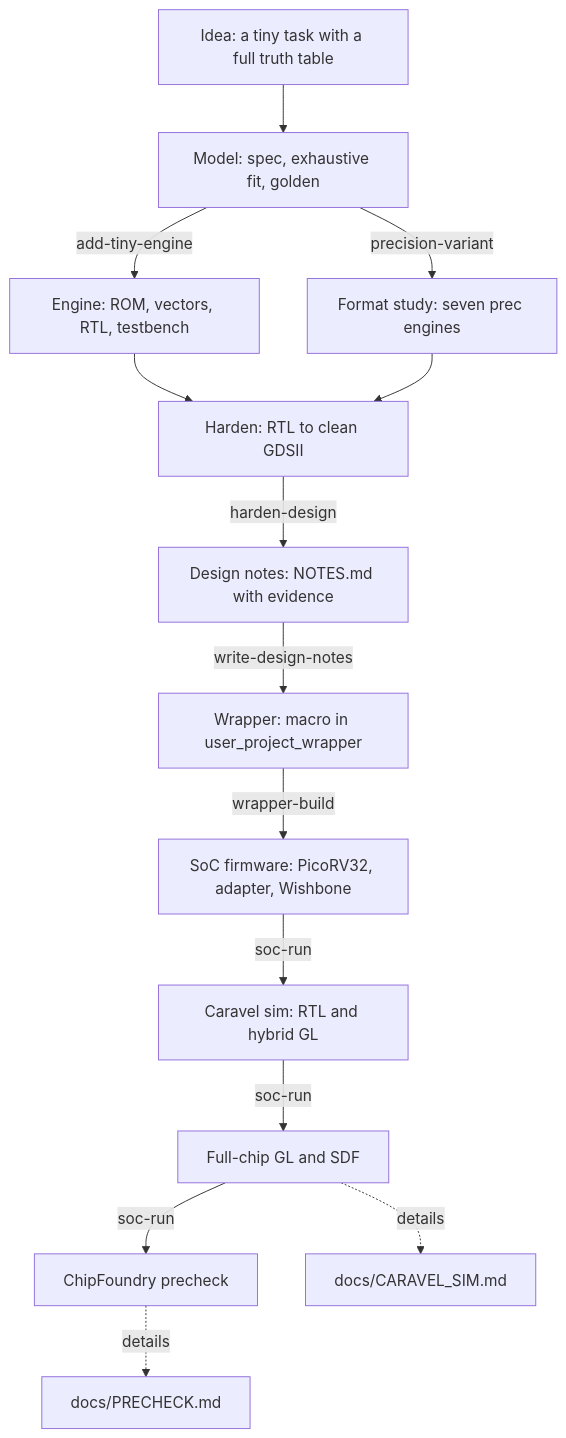
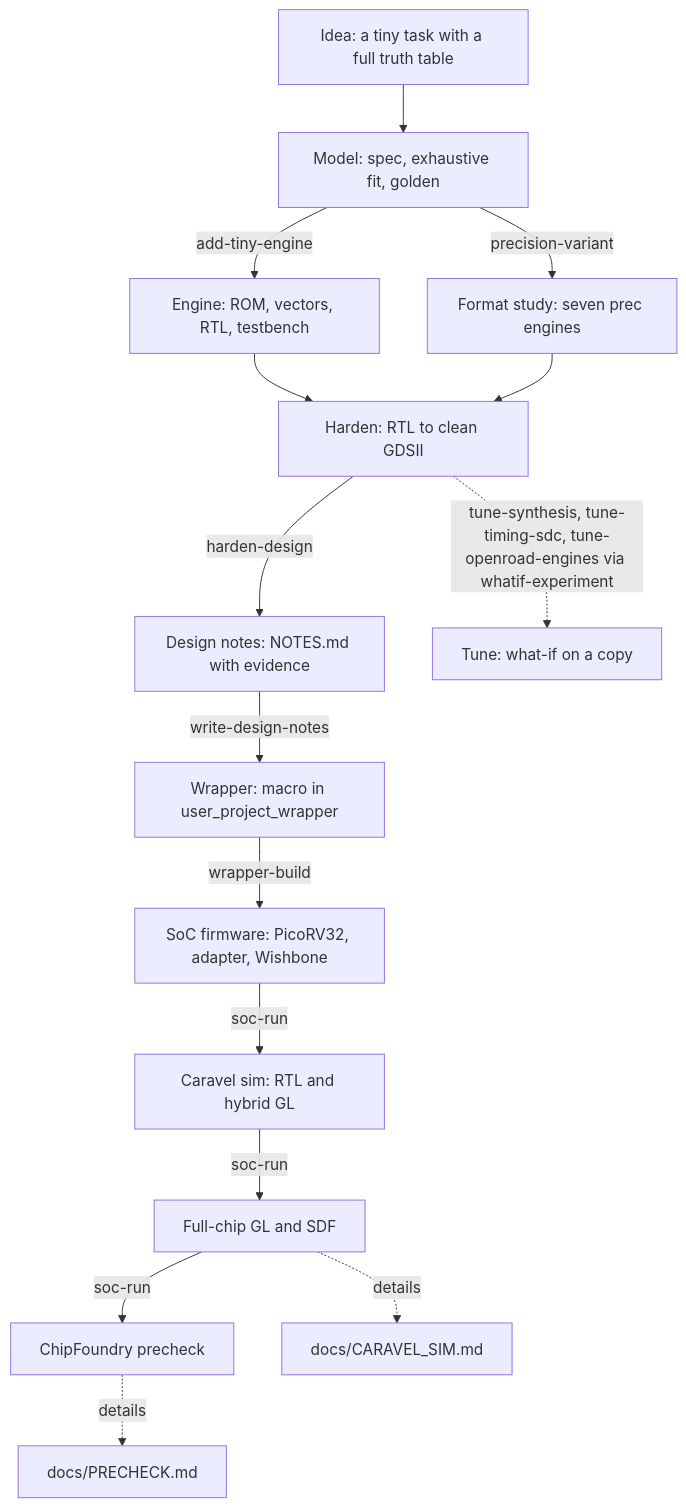
One commit to rajaghv-dev/open-ai-chip changed the second of 2 diagrams in docs/SKILLS.md. Above: the diagram before and after it, drawn with Mermaid. The commit also changed other lines of this file and 98 other files, not shown here.

````diff
--- a/docs/SKILLS.md
+++ b/docs/SKILLS.md
@@ -503,27 +596,29 @@
 ```mermaid
 flowchart TD
     S1["Idea: a tiny task with a full truth table"]
     S2["Model: spec, exhaustive fit, golden"]
     S3["Engine: ROM, vectors, RTL, testbench"]
     S3b["Format study: seven prec engines"]
     S4["Harden: RTL to clean GDSII"]
     S5["Design notes: NOTES.md with evidence"]
     S6["Wrapper: macro in user_project_wrapper"]
     S7["SoC firmware: PicoRV32, adapter, Wishbone"]
     S8["Caravel sim: RTL and hybrid GL"]
     S9["Full-chip GL and SDF"]
     S10["ChipFoundry precheck"]
+    S11["Tune: what-if on a copy"]
     S1 --> S2
     S2 -->|"add-tiny-engine"| S3
     S2 -->|"precision-variant"| S3b
     S3 --> S4
     S3b --> S4
     S4 -->|"harden-design"| S5
     S5 -->|"write-design-notes"| S6
     S6 -->|"wrapper-build"| S7
     S7 -->|"soc-run"| S8
     S8 -->|"soc-run"| S9
     S9 -->|"soc-run"| S10
+    S4 -.->|"tune-synthesis, tune-timing-sdc, tune-openroad-engines via whatif-experiment"| S11
     S9 -.->|"details"| NY["docs/CARAVEL_SIM.md"]
     S10 -.->|"details"| NP["docs/PRECHECK.md"]
 ```
````
